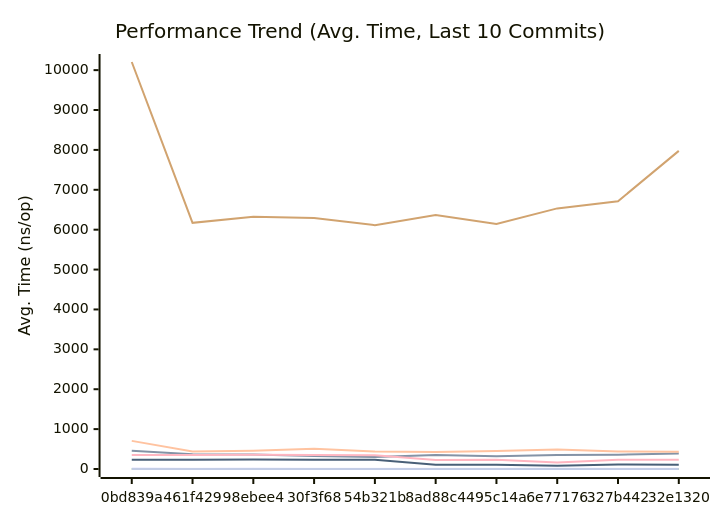
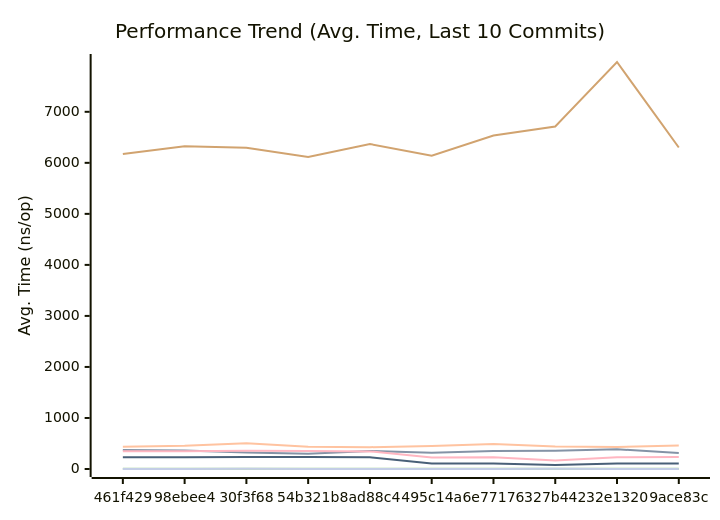
Before and after one commit to alsotoes/momo: the first of 3 diagrams in docs/PERFORMANCE.md, drawn with Mermaid. The commit also changed other lines of this file and 3 other files, not shown here.

````diff
--- a/docs/PERFORMANCE.md
+++ b/docs/PERFORMANCE.md
@@ -120,16 +120,16 @@
 ```mermaid
 xychart-beta
     title "Performance Trend (Avg. Time, Last 10 Commits)"
     x-axis "Commit"
     y-axis "Avg. Time (ns/op)"
-    x-axis [0bd839a,461f429,98ebee4,30f3f68,54b321b,8ad88c4,495c14a,6e77176,327b442,32e1320]
-    line "CheckMetricsAndSwap" [18,9,10,8,9,9,8,10,9,8]
-    line "CrushOptimized" [456,371,361,325,299,354,319,351,357,386]
-    line "CrushOriginal" [705,437,457,505,436,427,453,491,441,433]
+    x-axis [461f429,98ebee4,30f3f68,54b321b,8ad88c4,495c14a,6e77176,327b442,32e1320,9ace83c]
+    line "CheckMetricsAndSwap" [9,10,8,9,9,8,10,9,8,9]
+    line "CrushOptimized" [371,361,325,299,354,319,351,357,386,313]
+    line "CrushOriginal" [437,457,505,436,427,453,491,441,433,459]
     line "IndexDirectTracking" [0,0,0,0,0,0,0,0,0,0]
     line "IndexSearch" [3,3,3,3,3,3,3,3,3,3]
-    line "LoadGlobalConfig" [10204,6171,6327,6294,6114,6368,6141,6534,6713,7976]
-    line "PadString" [2,2,2,3,2,2,2,2,3,2]
+    line "LoadGlobalConfig" [6171,6327,6294,6114,6368,6141,6534,6713,7976,6301]
+    line "PadString" [2,2,3,2,2,2,2,3,2,2]
     line "ParseReplicationOrder_NoPrealloc" [350,349,357,354,345,225,229,165,232,234]
     line "ParseReplicationOrder_Prealloc" [229,231,237,234,229,108,107,80,110,109]
 ```
````
